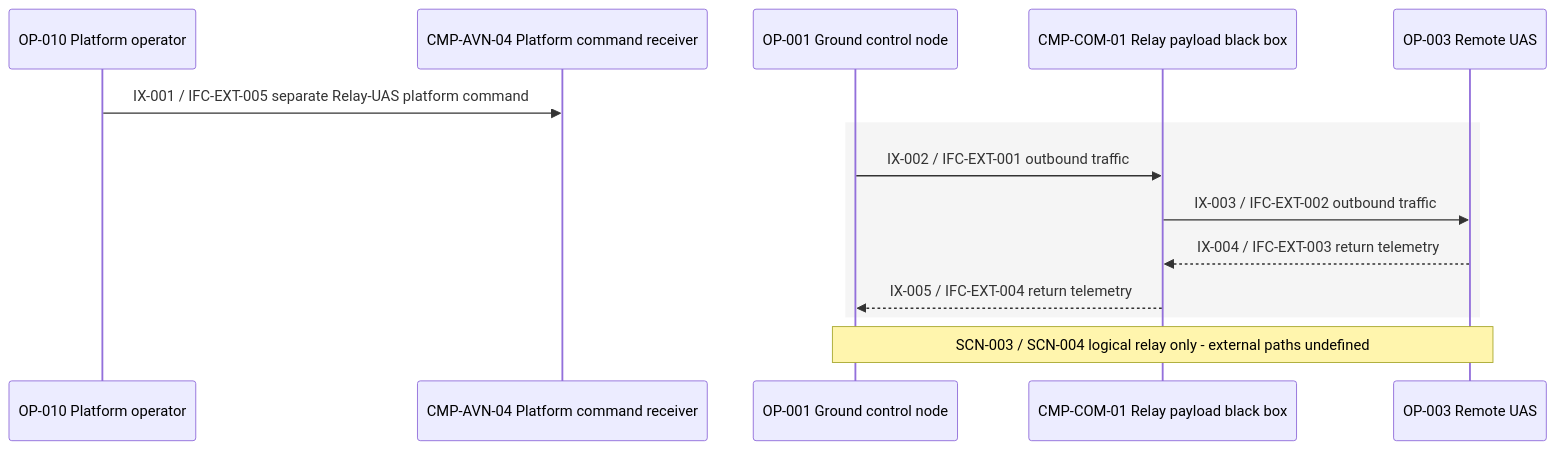
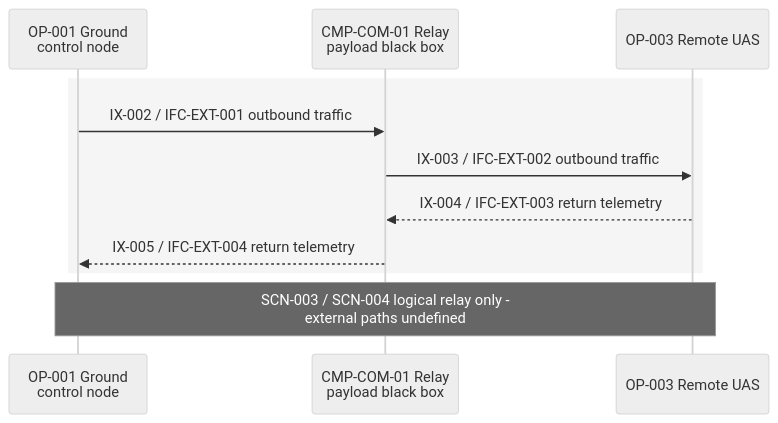
The tenth of 15 diagrams in docs/reference/architecture-atlas.md (noahstephenson/low-cost-relay-uas), drawn with Mermaid before and after one commit. The commit also changed other lines of this file and 22 other files, not shown here.

Commit message:
Teach the relay UAS architecture through a guided reading path and readable views

````diff
--- a/docs/reference/architecture-atlas.md
+++ b/docs/reference/architecture-atlas.md
@@ -266,17 +429,15 @@
 ```mermaid
+%%{init: {"theme": "neutral"}}%%
 sequenceDiagram
     %% Configuration scope: CFG-REP / CFG-DOM
-    participant Operator as OP-010 Platform operator
-    participant Platform as CMP-AVN-04 Platform command receiver
-    participant Ground as OP-001 Ground control node
-    participant Payload as CMP-COM-01 Relay payload black box
+    participant Ground as OP-001 Ground<br/>control node
+    participant Payload as CMP-COM-01 Relay<br/>payload black box
     participant Remote as OP-003 Remote UAS
-    Operator->>Platform: IX-001 / IFC-EXT-005 separate Relay-UAS platform command
     rect rgb(245, 245, 245)
         Ground->>Payload: IX-002 / IFC-EXT-001 outbound traffic
         Payload->>Remote: IX-003 / IFC-EXT-002 outbound traffic
         Remote-->>Payload: IX-004 / IFC-EXT-003 return telemetry
         Payload-->>Ground: IX-005 / IFC-EXT-004 return telemetry
     end
-    Note over Ground,Remote: SCN-003 / SCN-004 logical relay only - external paths undefined
+    Note over Ground,Remote: SCN-003 / SCN-004 logical relay only -<br/>external paths undefined
 ```
````
